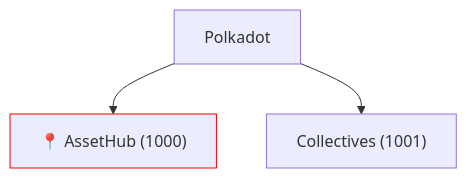
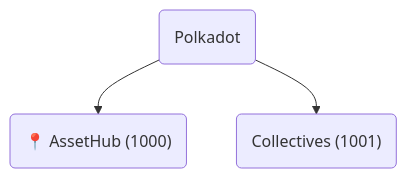
The fifth of 20 diagrams in syllabus/7-XCM/1-Core_Concepts_of_XCM/Core_Concepts_of_XCM_slides.md (Polkadot-Blockchain-Academy/pba-content), drawn with Mermaid before and after one commit. The commit also changed other lines of this file and 1 other file, not shown here.

Commit message:
Change mermaidjs theme

````diff
--- a/syllabus/7-XCM/1-Core_Concepts_of_XCM/Core_Concepts_of_XCM_slides.md
+++ b/syllabus/7-XCM/1-Core_Concepts_of_XCM/Core_Concepts_of_XCM_slides.md
@@ -369,6 +393,5 @@
 ```mermaid
 graph TD
-    Polkadot-->AssetHub["📍 AssetHub (1000)"]
-    Polkadot-->Collectives["Collectives (1001)"]
-    style AssetHub stroke:red
+    Polkadot(Polkadot)-->AssetHub("📍 AssetHub (1000)")
+    Polkadot-->Collectives("Collectives (1001)")
 ```
````
